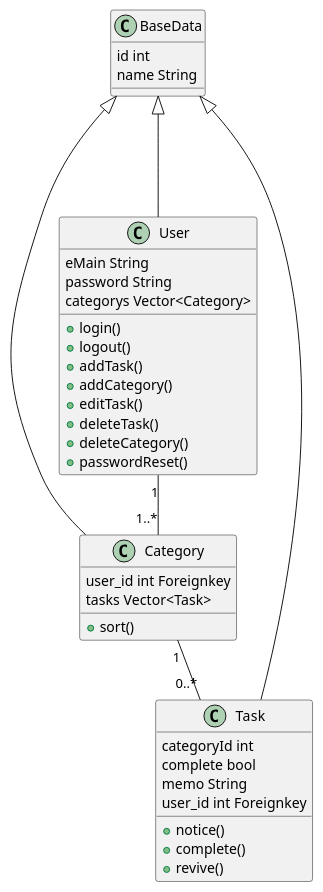
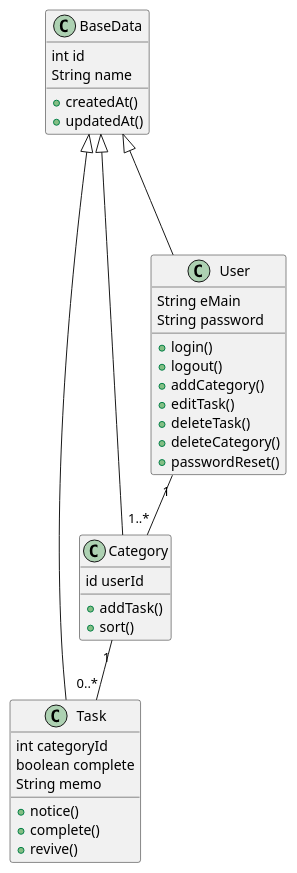
The diagram in docs/todolist.puml (e2054hottie/java_sample), drawn with PlantUML before and after one commit.

Commit message:
クラス図を修正しました。

```diff
--- a/docs/todolist.puml
+++ b/docs/todolist.puml
@@ -1,46 +1,49 @@
 @startuml
 class BaseData{
-    id int
-    name String
+    int id
+    String name
+
+    +createdAt()
+    +updatedAt()
+}
+
+class Task{
+    int categoryId
+    boolean complete
+    String memo
+
+    +notice()
+    +complete()
+    +revive()
 }
 
 class Category {
-    user_id int Foreignkey
-    tasks Vector<Task>
+    id userId
+
+    +addTask()
     +sort()
 }
 
 class User{
-    eMain String
-    password String
-    categorys Vector<Category>
+    String eMain 
+    String password
 
     +login()
     +logout()
-    +addTask()
     +addCategory()
     +editTask()
     +deleteTask()
     +deleteCategory()
     +passwordReset()
 }
 
-class Task{
-    categoryId int
-    complete bool
-    memo String
-    user_id int Foreignkey
 
-    +notice()
-    +complete()
-    +revive()
-}
 
 BaseData<|---- Category
 BaseData<|-- User
 BaseData<|---- Task
 
 User "1" -- "1..*" Category
 Category "1" -- "0..*" Task
 
 @enduml
```
